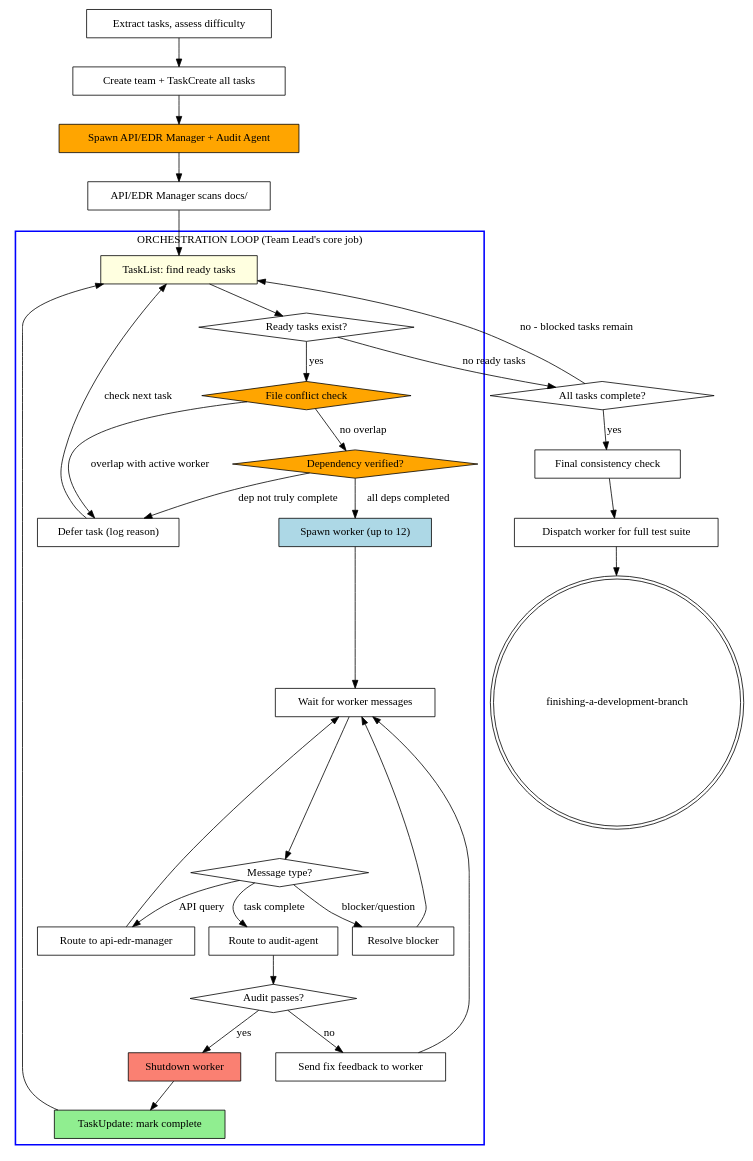
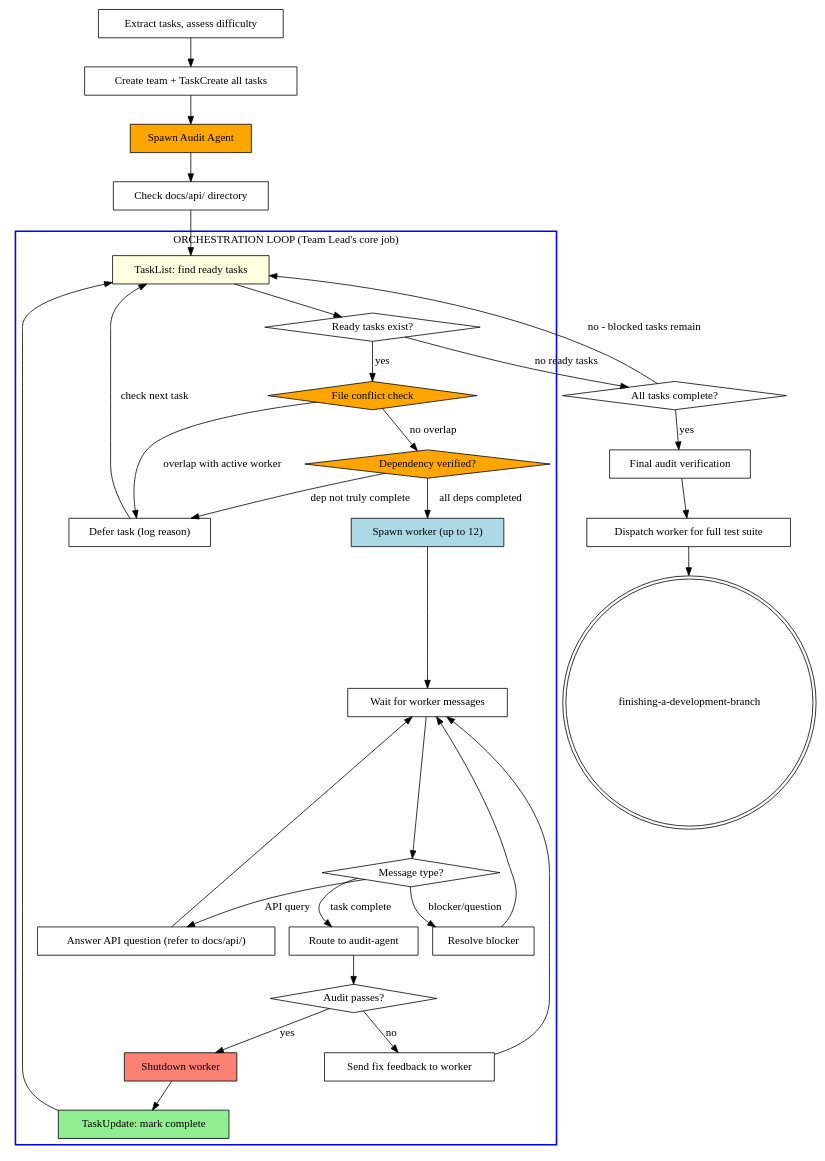
Before and after one commit to Sonbbal/superpowers: the second of 2 diagrams in skills/team-driven-development/SKILL.md, drawn with Graphviz. The commit also changed other lines of this file and 43 other files, not shown here.

First line of the commit message:
feat: v2 upgrade — add /optimize-api-docs command, enhance audit-agent API verification, remove api-edr-manager

````diff
--- a/skills/team-driven-development/SKILL.md
+++ b/skills/team-driven-development/SKILL.md
@@ -96,68 +103,68 @@
 ```dot
 digraph process {
     rankdir=TB;
 
     "Extract tasks, assess difficulty" [shape=box];
     "Create team + TaskCreate all tasks" [shape=box];
-    "Spawn API/EDR Manager + Audit Agent" [shape=box style=filled fillcolor=orange];
-    "API/EDR Manager scans docs/" [shape=box];
+    "Spawn Audit Agent" [shape=box style=filled fillcolor=orange];
+    "Check docs/api/ directory" [shape=box];
 
     subgraph cluster_orchestration_loop {
         label="ORCHESTRATION LOOP (Team Lead's core job)";
         style=bold;
         color=blue;
         "TaskList: find ready tasks" [shape=box style=filled fillcolor=lightyellow];
         "Ready tasks exist?" [shape=diamond];
         "File conflict check" [shape=diamond style=filled fillcolor=orange];
         "Dependency verified?" [shape=diamond style=filled fillcolor=orange];
         "Defer task (log reason)" [shape=box];
         "Spawn worker (up to 12)" [shape=box style=filled fillcolor=lightblue];
         "Wait for worker messages" [shape=box];
         "Message type?" [shape=diamond];
-        "Route to api-edr-manager" [shape=box];
+        "Answer API question (refer to docs/api/)" [shape=box];
         "Route to audit-agent" [shape=box];
         "Resolve blocker" [shape=box];
         "Audit passes?" [shape=diamond];
         "Send fix feedback to worker" [shape=box];
         "Shutdown worker" [shape=box style=filled fillcolor=salmon];
         "TaskUpdate: mark complete" [shape=box style=filled fillcolor=lightgreen];
     }
 
     "All tasks complete?" [shape=diamond];
-    "Final consistency check" [shape=box];
+    "Final audit verification" [shape=box];
     "Dispatch worker for full test suite" [shape=box];
     "finishing-a-development-branch" [shape=doublecircle];
 
     "Extract tasks, assess difficulty" -> "Create team + TaskCreate all tasks";
-    "Create team + TaskCreate all tasks" -> "Spawn API/EDR Manager + Audit Agent";
-    "Spawn API/EDR Manager + Audit Agent" -> "API/EDR Manager scans docs/";
-    "API/EDR Manager scans docs/" -> "TaskList: find ready tasks";
+    "Create team + TaskCreate all tasks" -> "Spawn Audit Agent";
+    "Spawn Audit Agent" -> "Check docs/api/ directory";
+    "Check docs/api/ directory" -> "TaskList: find ready tasks";
 
     "TaskList: find ready tasks" -> "Ready tasks exist?";
     "Ready tasks exist?" -> "File conflict check" [label="yes"];
     "Ready tasks exist?" -> "All tasks complete?" [label="no ready tasks"];
     "File conflict check" -> "Dependency verified?" [label="no overlap"];
     "File conflict check" -> "Defer task (log reason)" [label="overlap with active worker"];
     "Dependency verified?" -> "Spawn worker (up to 12)" [label="all deps completed"];
     "Dependency verified?" -> "Defer task (log reason)" [label="dep not truly complete"];
     "Defer task (log reason)" -> "TaskList: find ready tasks" [label="check next task"];
     "Spawn worker (up to 12)" -> "Wait for worker messages";
     "Wait for worker messages" -> "Message type?";
-    "Message type?" -> "Route to api-edr-manager" [label="API query"];
+    "Message type?" -> "Answer API question (refer to docs/api/)" [label="API query"];
     "Message type?" -> "Route to audit-agent" [label="task complete"];
     "Message type?" -> "Resolve blocker" [label="blocker/question"];
-    "Route to api-edr-manager" -> "Wait for worker messages";
+    "Answer API question (refer to docs/api/)" -> "Wait for worker messages";
     "Resolve blocker" -> "Wait for worker messages";
     "Route to audit-agent" -> "Audit passes?";
     "Audit passes?" -> "Send fix feedback to worker" [label="no"];
     "Send fix feedback to worker" -> "Wait for worker messages";
     "Audit passes?" -> "Shutdown worker" [label="yes"];
     "Shutdown worker" -> "TaskUpdate: mark complete";
     "TaskUpdate: mark complete" -> "TaskList: find ready tasks";
 
-    "All tasks complete?" -> "Final consistency check" [label="yes"];
+    "All tasks complete?" -> "Final audit verification" [label="yes"];
     "All tasks complete?" -> "TaskList: find ready tasks" [label="no - blocked tasks remain"];
-    "Final consistency check" -> "Dispatch worker for full test suite";
+    "Final audit verification" -> "Dispatch worker for full test suite";
     "Dispatch worker for full test suite" -> "finishing-a-development-branch";
 }
 ```
````
